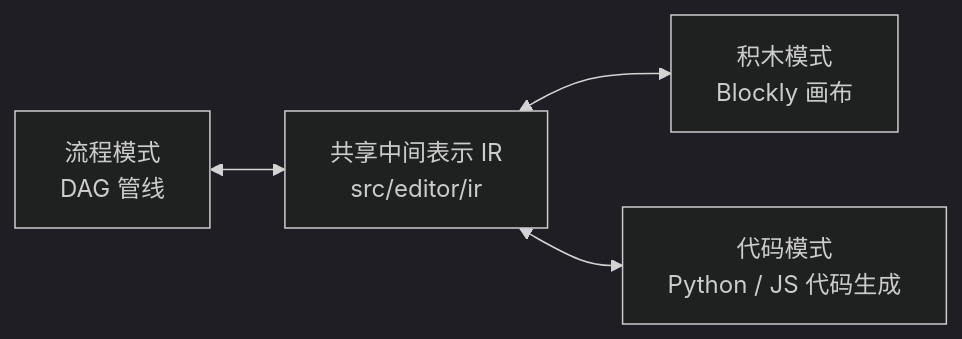
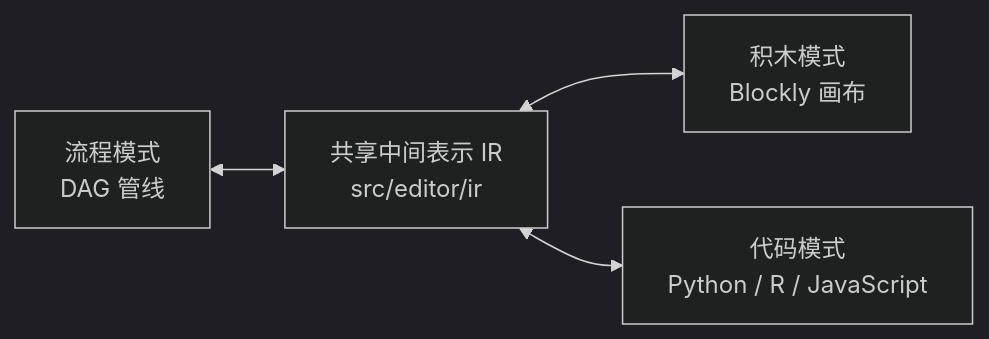
Before and after one commit to SnowLeopard-io/ErgalicsStudio: the first of 3 diagrams in docs/technical/01-产品介绍.md, drawn with Mermaid (dark theme). The commit also changed other lines of this file and 46 other files, not shown here.

````diff
--- a/docs/technical/01-产品介绍.md
+++ b/docs/technical/01-产品介绍.md
@@ -56,6 +67,6 @@
 ```mermaid
 flowchart LR
     F["流程模式<br/>DAG 管线"] <--> IR["共享中间表示 IR<br/>src/editor/ir"]
     IR <--> B["积木模式<br/>Blockly 画布"]
-    IR <--> C["代码模式<br/>Python / JS 代码生成"]
+    IR <--> C["代码模式<br/>Python / R / JavaScript"]
 ```
````
